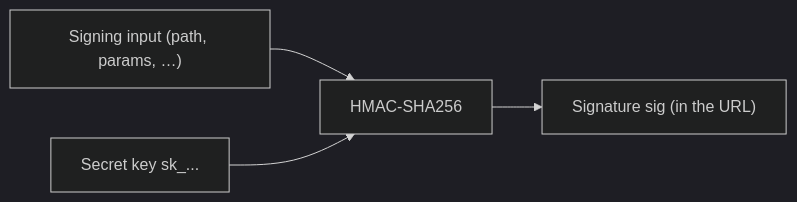
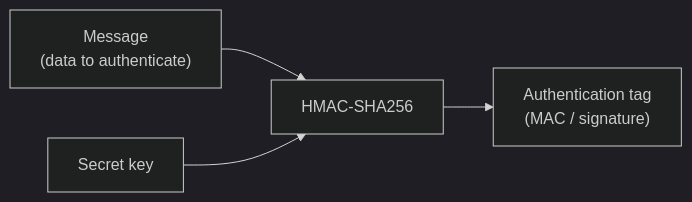
One commit to EricTsai83/optstuff changed the diagram in apps/docs/content/docs/guides/hmac-introduction.mdx. Above: the diagram before and after it, drawn with Mermaid (dark theme). The commit also changed other lines of this file, not shown here.

First line of the commit message:
Revise HMAC introduction documentation for clarity and accuracy

````diff
--- a/apps/docs/content/docs/guides/hmac-introduction.mdx
+++ b/apps/docs/content/docs/guides/hmac-introduction.mdx
@@ -23,6 +23,6 @@
 ```mermaid title="HMAC"
 flowchart LR
-  M["Signing input (path, params, …)"] --> H["HMAC-SHA256"]
-  K["Secret key sk_..."] --> H
-  H --> T["Signature sig (in the URL)"]
+  M["Message\n(data to authenticate)"] --> H["HMAC-SHA256"]
+  K["Secret key"] --> H
+  H --> T["Authentication tag\n(MAC / signature)"]
 ```
````
